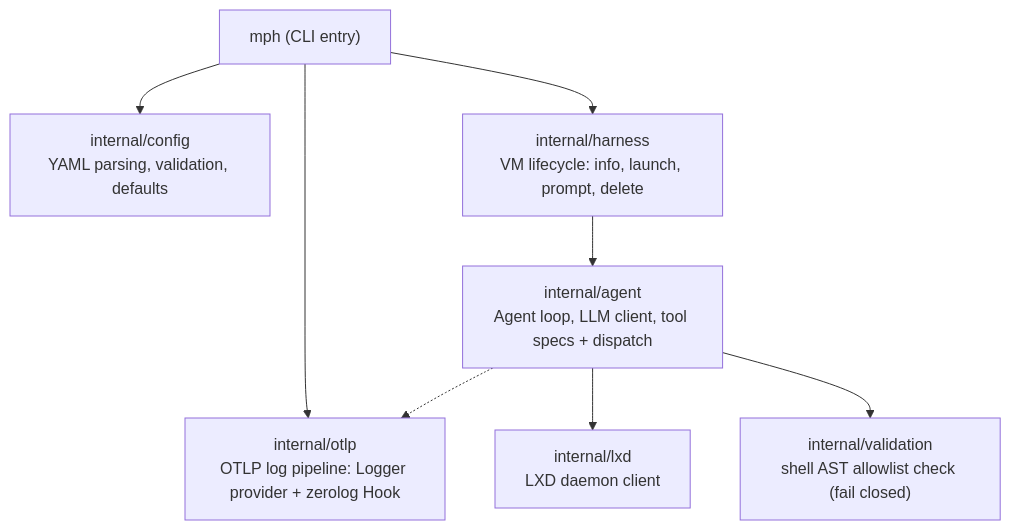
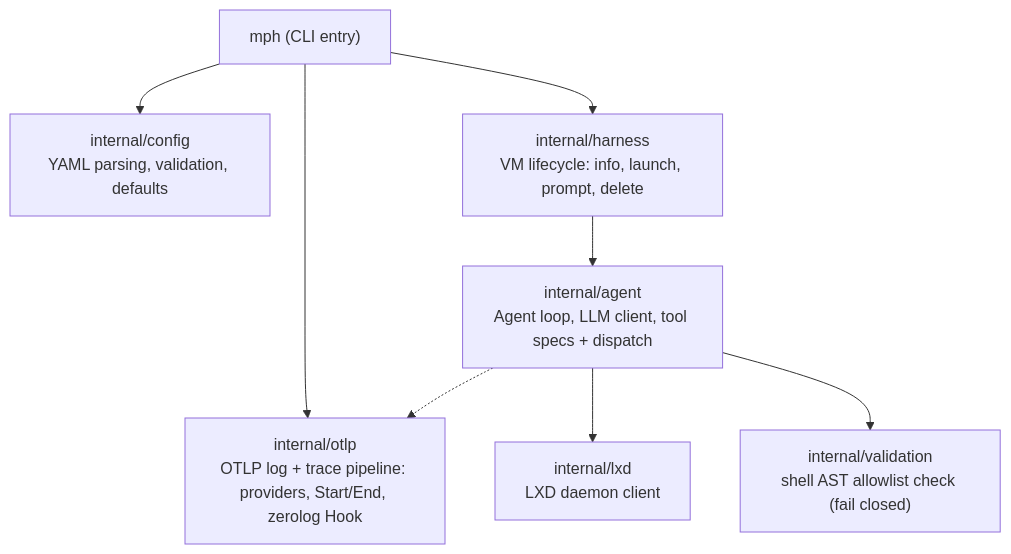
The first of 2 diagrams in docs/reference/arch.md (trollLemon/MPHarness), drawn with Mermaid before and after one commit. The commit also changed other lines of this file and 16 other files, not shown here.

````diff
--- a/docs/reference/arch.md
+++ b/docs/reference/arch.md
@@ -11,18 +11,18 @@
 ```mermaid
 flowchart TD
     CLI["mph (CLI entry)"]
     CONF["internal/config<br/>YAML parsing, validation, defaults"]
-    OTEL["internal/otlp<br/>OTLP log pipeline: Logger provider + zerolog Hook"]
+    OTEL["internal/otlp<br/>OTLP log + trace pipeline: providers, Start/End, zerolog Hook"]
     AGENT["internal/agent<br/>Agent loop, LLM client, tool specs + dispatch"]
     HARNESS["internal/harness<br/>VM lifecycle: info, launch, prompt, delete"]
     LXD["internal/lxd<br/>LXD daemon client"]
     VALIDATE["internal/validation<br/>shell AST allowlist check (fail closed)"]
 
     CLI --> CONF
     CLI --> OTEL
     CLI --> HARNESS
     HARNESS --> AGENT
     AGENT --> LXD
     AGENT --> VALIDATE
     AGENT -.-> OTEL
 ```
````
